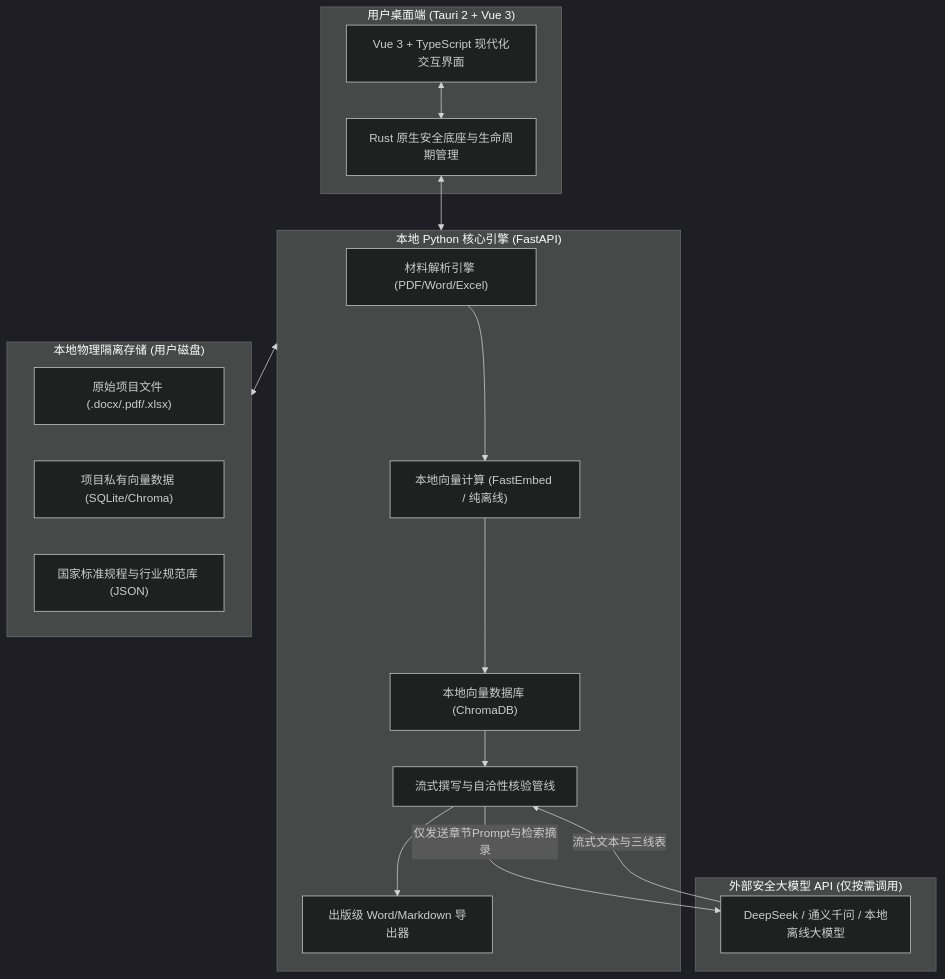
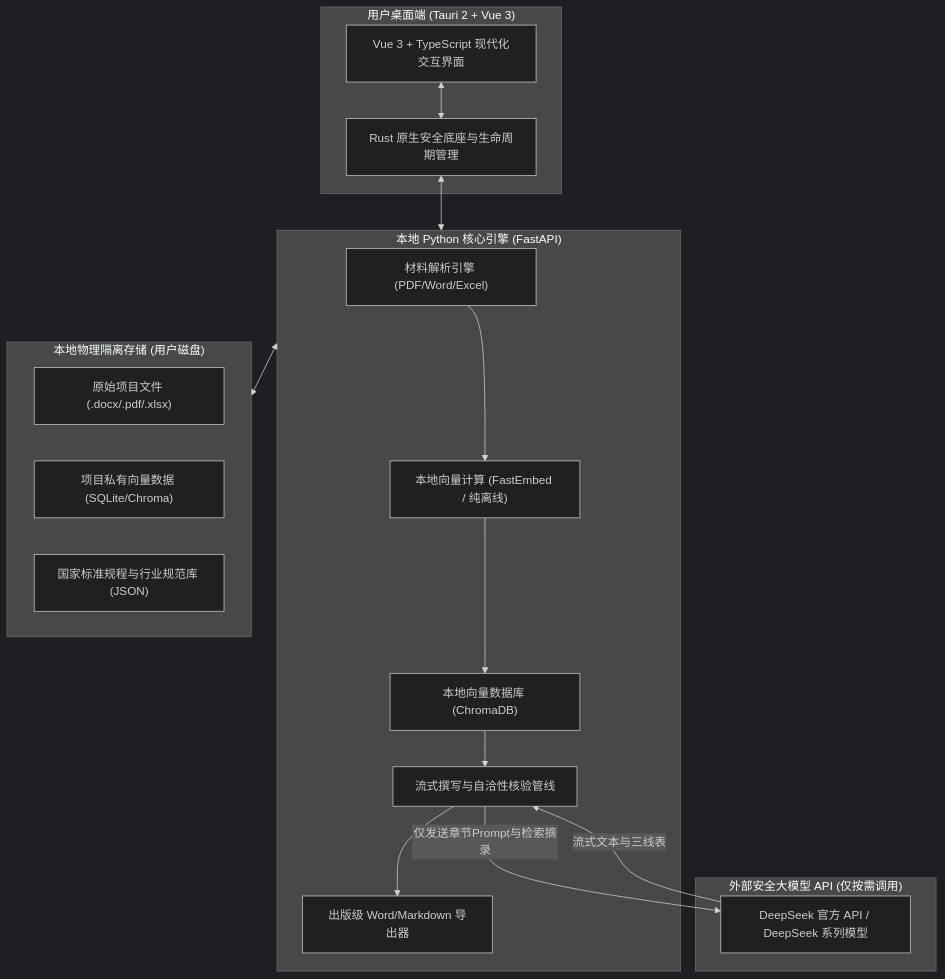
Before and after one commit to atalanta0505/FairyReport: the diagram in site/docs/architecture.md, drawn with Mermaid (dark theme). The commit also changed other lines of this file and 4 other files, not shown here.

Commit message:
docs(site): restrict supported models description strictly to DeepSeek series

````diff
--- a/site/docs/architecture.md
+++ b/site/docs/architecture.md
@@ -11,35 +11,35 @@
 ```mermaid
 flowchart TD
     subgraph Client["用户桌面端 (Tauri 2 + Vue 3)"]
         UI["Vue 3 + TypeScript 现代化交互界面"]
         Tauri["Rust 原生安全底座与生命周期管理"]
         UI <--> Tauri
     end
 
     subgraph LocalEngine["本地 Python 核心引擎 (FastAPI)"]
         Parser["材料解析引擎 (PDF/Word/Excel)"]
         Embedder["本地向量计算 (FastEmbed / 纯离线)"]
         Chroma["本地向量数据库 (ChromaDB)"]
         Writer["流式撰写与自洽性核验管线"]
         Exporter["出版级 Word/Markdown 导出器"]
         
         Parser --> Embedder --> Chroma
         Chroma --> Writer
         Writer --> Exporter
     end
 
     subgraph DataIsolation["本地物理隔离存储 (用户磁盘)"]
         RawDocs["原始项目文件 (.docx/.pdf/.xlsx)"]
         VectorDB["项目私有向量数据 (SQLite/Chroma)"]
         GenericLib["国家标准规程与行业规范库 (JSON)"]
     end
 
     subgraph CloudLLM["外部安全大模型 API (仅按需调用)"]
-        LLM["DeepSeek / 通义千问 / 本地离线大模型"]
+        LLM["DeepSeek 官方 API / DeepSeek 系列模型"]
     end
 
     Tauri <--> LocalEngine
     LocalEngine <--> DataIsolation
     Writer -- "仅发送章节Prompt与检索摘录" --> LLM
     LLM -- "流式文本与三线表" --> Writer
 ```
````
